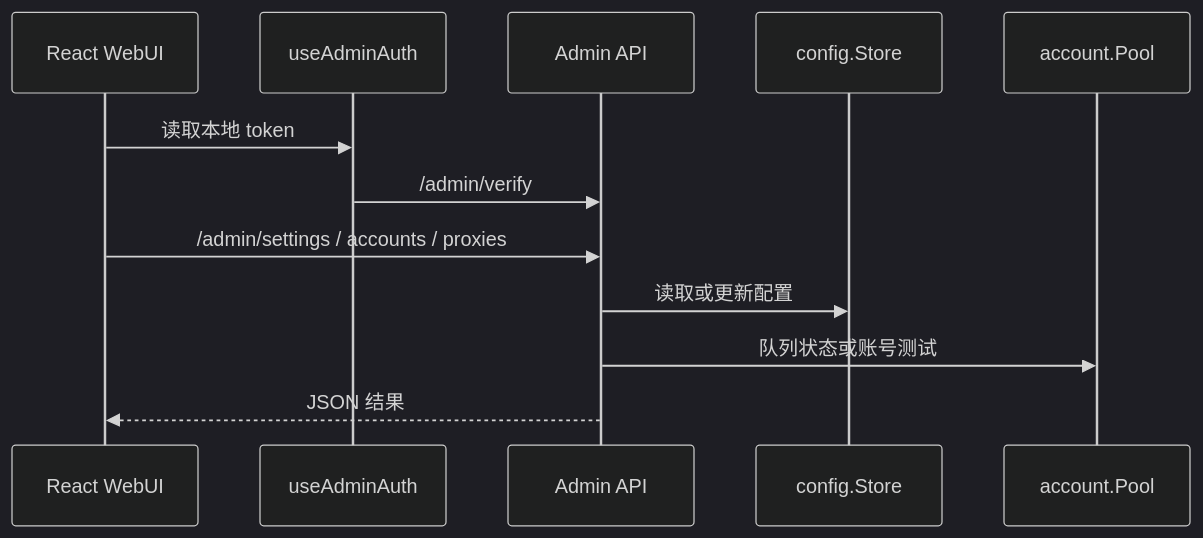
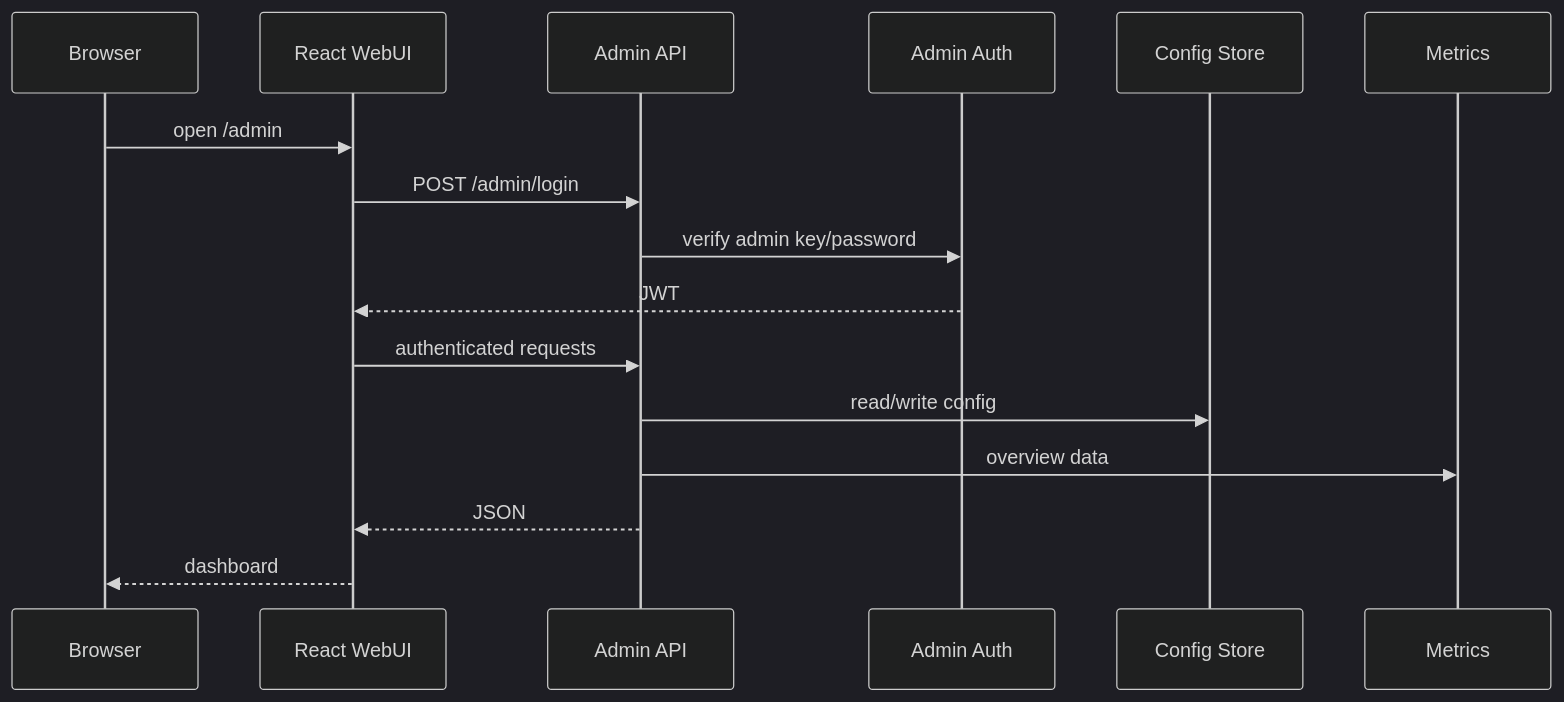
One commit to marklove5102/DeepSeek_Web_To_API changed the second of 2 diagrams in docs/Admin WebUI System/Admin WebUI System.md. Above: the diagram before and after it, drawn with Mermaid (dark theme). The commit also changed other lines of this file and 27 other files, not shown here.

````diff
--- a/docs/Admin WebUI System/Admin WebUI System.md
+++ b/docs/Admin WebUI System/Admin WebUI System.md
@@ -99,14 +85,18 @@
 ```mermaid
 sequenceDiagram
-participant UI as React WebUI
-participant Auth as useAdminAuth
-participant API as Admin API
-participant Store as config.Store
-participant Pool as account.Pool
-UI->>Auth: 读取本地 token
-Auth->>API: /admin/verify
-UI->>API: /admin/settings / accounts / proxies
-API->>Store: 读取或更新配置
-API->>Pool: 队列状态或账号测试
-API-->>UI: JSON 结果
+participant Browser as Browser
+participant WebUI as React WebUI
+participant Admin as Admin API
+participant Auth as Admin Auth
+participant Store as Config Store
+participant Metrics as Metrics
+Browser->>WebUI: open /admin
+WebUI->>Admin: POST /admin/login
+Admin->>Auth: verify admin key/password
+Auth-->>WebUI: JWT
+WebUI->>Admin: authenticated requests
+Admin->>Store: read/write config
+Admin->>Metrics: overview data
+Admin-->>WebUI: JSON
+WebUI-->>Browser: dashboard
 ```
````
